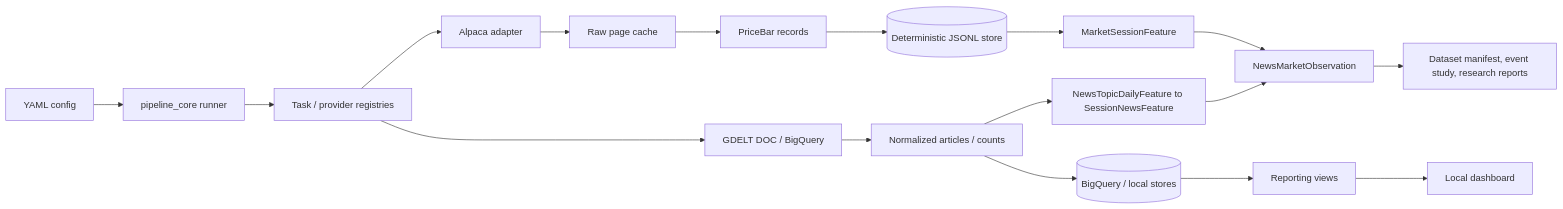
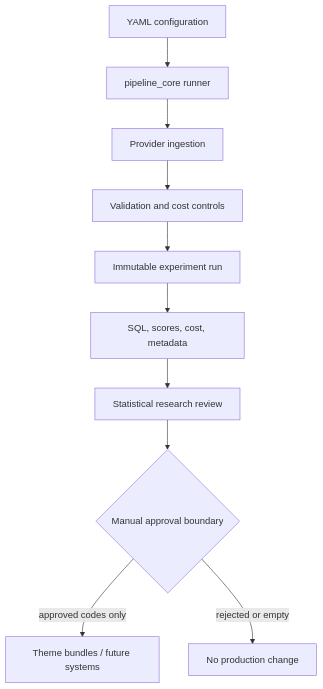
One commit to KevinXT/kinetic-trading changed the diagram in README.md. Above: the diagram before and after it, drawn with Mermaid. The commit also changed other lines of this file and 1 other file, not shown here.

````diff
--- a/README.md
+++ b/README.md
@@ -24,21 +68,12 @@
 ```mermaid
-flowchart LR
-  cfg[YAML config] --> runner[pipeline_core runner]
-  runner --> reg[Task / provider registries]
-
-  reg --> alpaca[Alpaca adapter]
-  alpaca --> cache[Raw page cache]
-  cache --> bars[PriceBar records]
-  bars --> store[(Deterministic JSONL store)]
-  store --> mktfeat[MarketSessionFeature]
-
-  reg --> gdelt[GDELT DOC / BigQuery]
-  gdelt --> news[Normalized articles / counts]
-  news --> bq[(BigQuery / local stores)]
-  bq --> views[Reporting views] --> dash[Local dashboard]
-  news --> newsfeat[NewsTopicDailyFeature to SessionNewsFeature]
-
-  mktfeat --> obs[NewsMarketObservation]
-  newsfeat --> obs
-  obs --> out[Dataset manifest, event study, research reports]
+flowchart TD
+  cfg[YAML configuration] --> runner[pipeline_core runner]
+  runner --> ingest[Provider ingestion]
+  ingest --> gates[Validation and cost controls]
+  gates --> run[Immutable experiment run]
+  run --> arts[SQL, scores, cost, metadata]
+  arts --> review[Statistical research review]
+  review --> boundary{Manual approval boundary}
+  boundary -->|approved codes only| prod[Theme bundles / future systems]
+  boundary -->|rejected or empty| hold[No production change]
 ```
````
